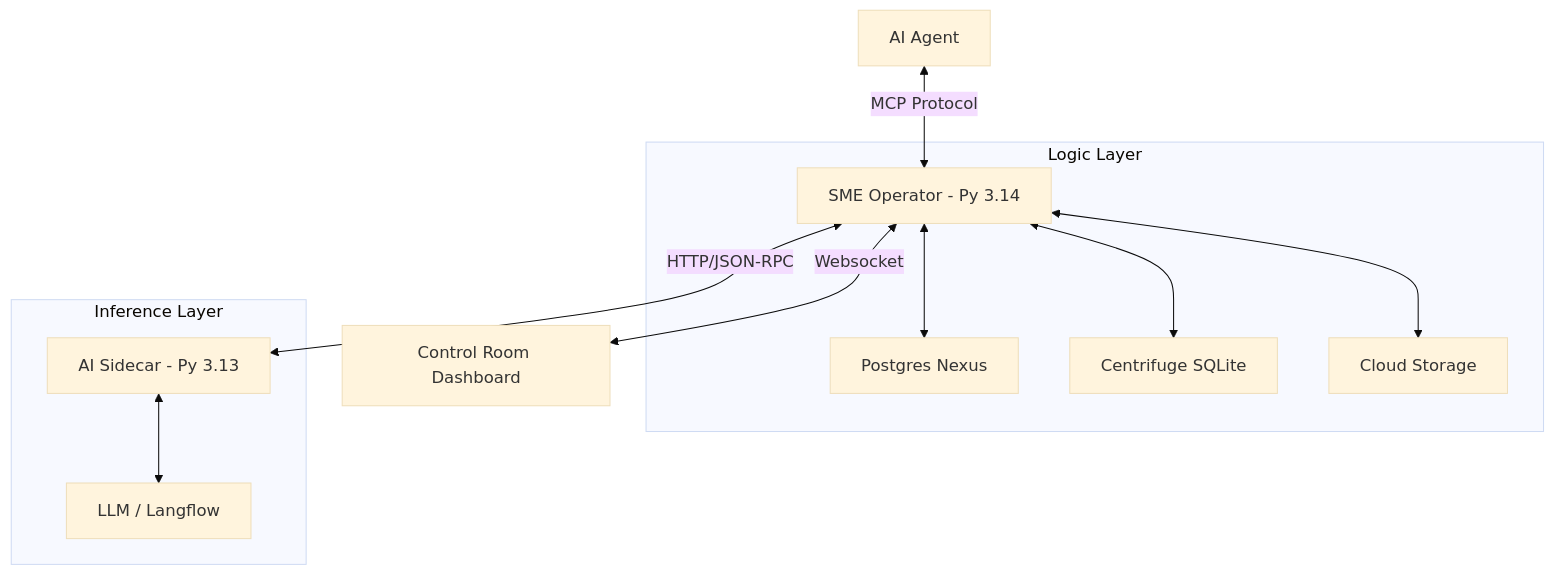
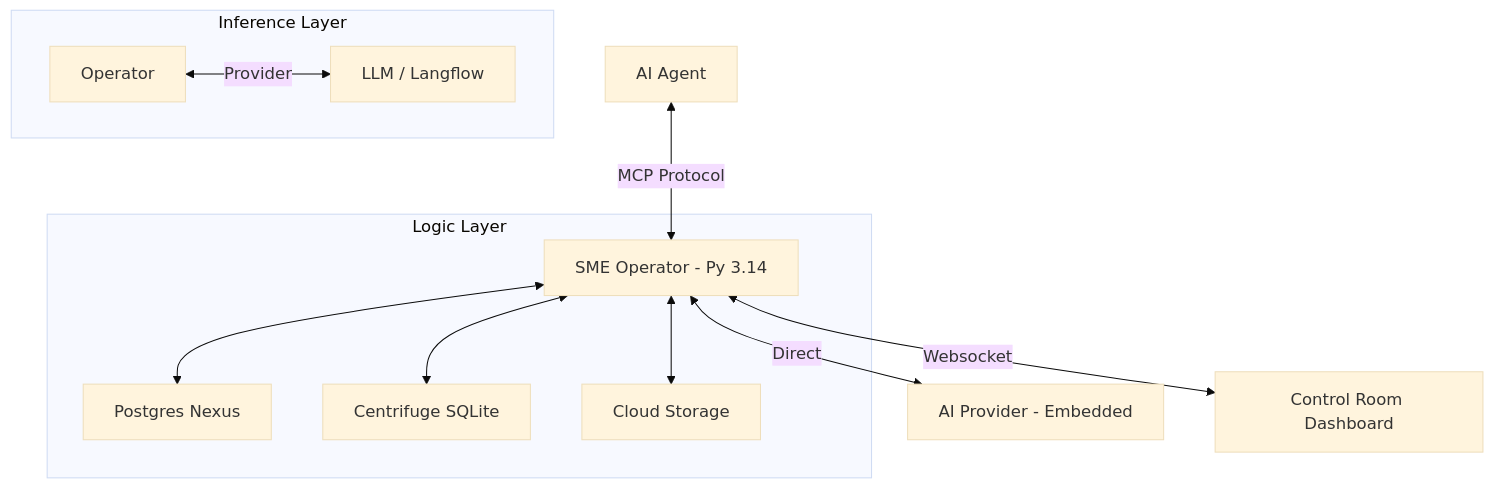
Before and after one commit to SpectreDeath/Semantic-Memory-Engine: the first of 2 diagrams in README.md, drawn with Mermaid (base theme). The commit also changed other lines of this file and 46 other files, not shown here.

````diff
--- a/README.md
+++ b/README.md
@@ -71,16 +71,16 @@
 ```mermaid
 graph TD
     Client[AI Agent] <-->|MCP Protocol| Op[SME Operator - Py 3.14]
-    Op <-->|HTTP/JSON-RPC| Sidecar[AI Sidecar - Py 3.13]
+    Op <-->|Direct| Provider[AI Provider - Embedded]
     Op <-->|Websocket| UI[Control Room Dashboard]
 
     subgraph Core [Logic Layer]
         Op <--> Nexus[Postgres Nexus]
         Op <--> Lab[Centrifuge SQLite]
         Op <--> Cloud[Cloud Storage]
     end
 
     subgraph AI [Inference Layer]
-        Sidecar <--> Model[LLM / Langflow]
+        Operator <-->|Provider| Model[LLM / Langflow]
     end
 ```
````
